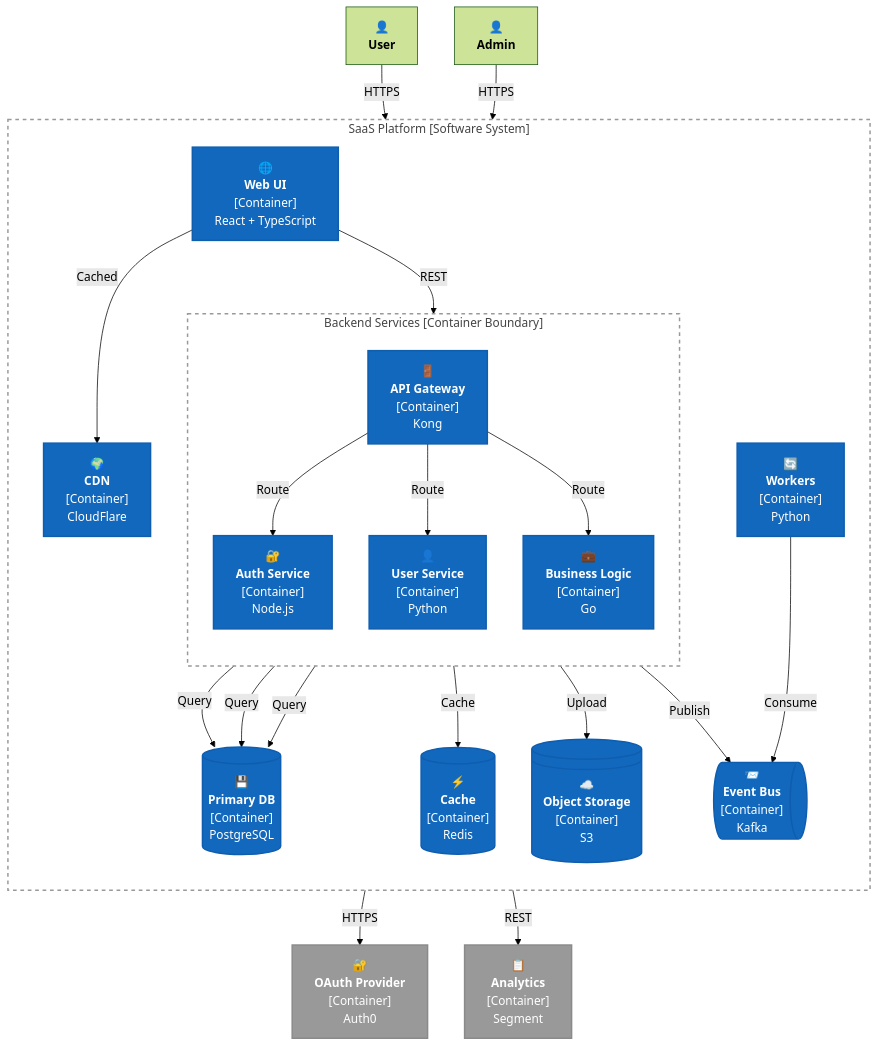
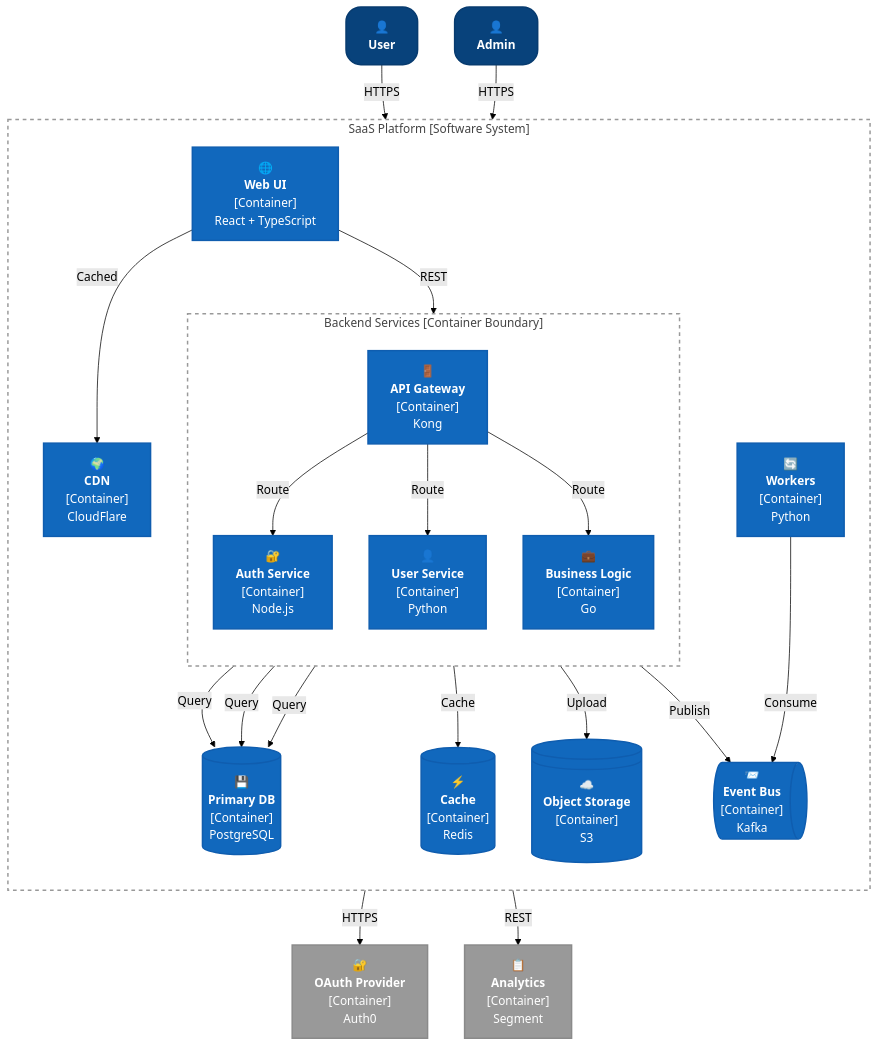
Before and after one commit to LockTar/C4-Modeling-in-Mermaid: the fourth of 6 diagrams in C4-cheatsheets/C4-Container-Diagram-Mermaid-Flowchart-Cheatsheet.md, drawn with Mermaid (forest theme). The commit also changed other lines of this file and 3 other files, not shown here.

Commit message:
Update C4 Mermaid Flowchart Cheatsheets to include Person and PersonExt class definitions for improved diagram clarity

````diff
--- a/C4-cheatsheets/C4-Container-Diagram-Mermaid-Flowchart-Cheatsheet.md
+++ b/C4-cheatsheets/C4-Container-Diagram-Mermaid-Flowchart-Cheatsheet.md
@@ -193,66 +199,68 @@
 ```mermaid
 flowchart TB
+    classDef Person fill:#08427b,stroke:#073b6f,color:#fff,rx:20px,ry:20px,stroke-width:2px;
     classDef Container fill:#1168bd,stroke:#0f5daf,color:#fff,stroke-width:2px;
     classDef ContainerDb fill:#1168bd,stroke:#0f5daf,color:#fff,stroke-width:2px;
     classDef ContainerQueue fill:#1168bd,stroke:#0f5daf,color:#fff,stroke-width:2px;
     classDef ContainerExt fill:#999999,stroke:#8a8a8a,color:#fff,stroke-width:2px;
     classDef ContainerBoundary fill:none,stroke:#999,stroke-width:2px,stroke-dasharray: 5 5,color:#444;
 
     user["👤<br/><b>User</b>"]
     admin["👤<br/><b>Admin</b>"]
 
     subgraph sys["SaaS Platform [Software System]"]
         direction TB
 
         cdn["🌍<br/><b>CDN</b><br/>[Container]<br/>CloudFlare"]
         spa["🌐<br/><b>Web UI</b><br/>[Container]<br/>React + TypeScript"]
 
         subgraph backend["Backend Services [Container Boundary]"]
             direction TB
             apigw["🚪<br/><b>API Gateway</b><br/>[Container]<br/>Kong"]
             authsvc["🔐<br/><b>Auth Service</b><br/>[Container]<br/>Node.js"]
             usersvc["👤<br/><b>User Service</b><br/>[Container]<br/>Python"]
             bussvc["💼<br/><b>Business Logic</b><br/>[Container]<br/>Go"]
         end
         class backend ContainerBoundary;
 
         db[("💾<br/><b>Primary DB</b><br/>[Container]<br/>PostgreSQL")]
         cache[("⚡<br/><b>Cache</b><br/>[Container]<br/>Redis")]
         s3@{ shape: lin-cyl, label: "☁️<br/><b>Object Storage</b><br/>[Container]<br/>S3" }
 
         queue@{ shape: das, label: "📨<br/><b>Event Bus</b><br/>[Container]<br/>Kafka" }
         workers["🔄<br/><b>Workers</b><br/>[Container]<br/>Python"]
 
         class cdn,spa,apigw,authsvc,usersvc,bussvc,s3,workers Container
         class db,cache ContainerDb
         class queue ContainerQueue
 
         spa -->|Cached| cdn
         spa -->|REST| apigw
 
         apigw -->|Route| authsvc
         apigw -->|Route| usersvc
         apigw -->|Route| bussvc
 
         authsvc -->|Query| db
         usersvc -->|Query| db
         bussvc -->|Query| db
 
         bussvc -->|Cache| cache
         bussvc -->|Upload| s3
         bussvc -->|Publish| queue
 
         workers -->|Consume| queue
     end
     class sys ContainerBoundary;
 
     oauth["🔐<br/><b>OAuth Provider</b><br/>[Container]<br/>Auth0"]
     analytics["📋<br/><b>Analytics</b><br/>[Container]<br/>Segment"]
 
+    class user,admin Person
     class oauth,analytics ContainerExt
 
     user -->|HTTPS| spa
     admin -->|HTTPS| spa
     authsvc -->|HTTPS| oauth
     workers -->|REST| analytics
 ```
````
